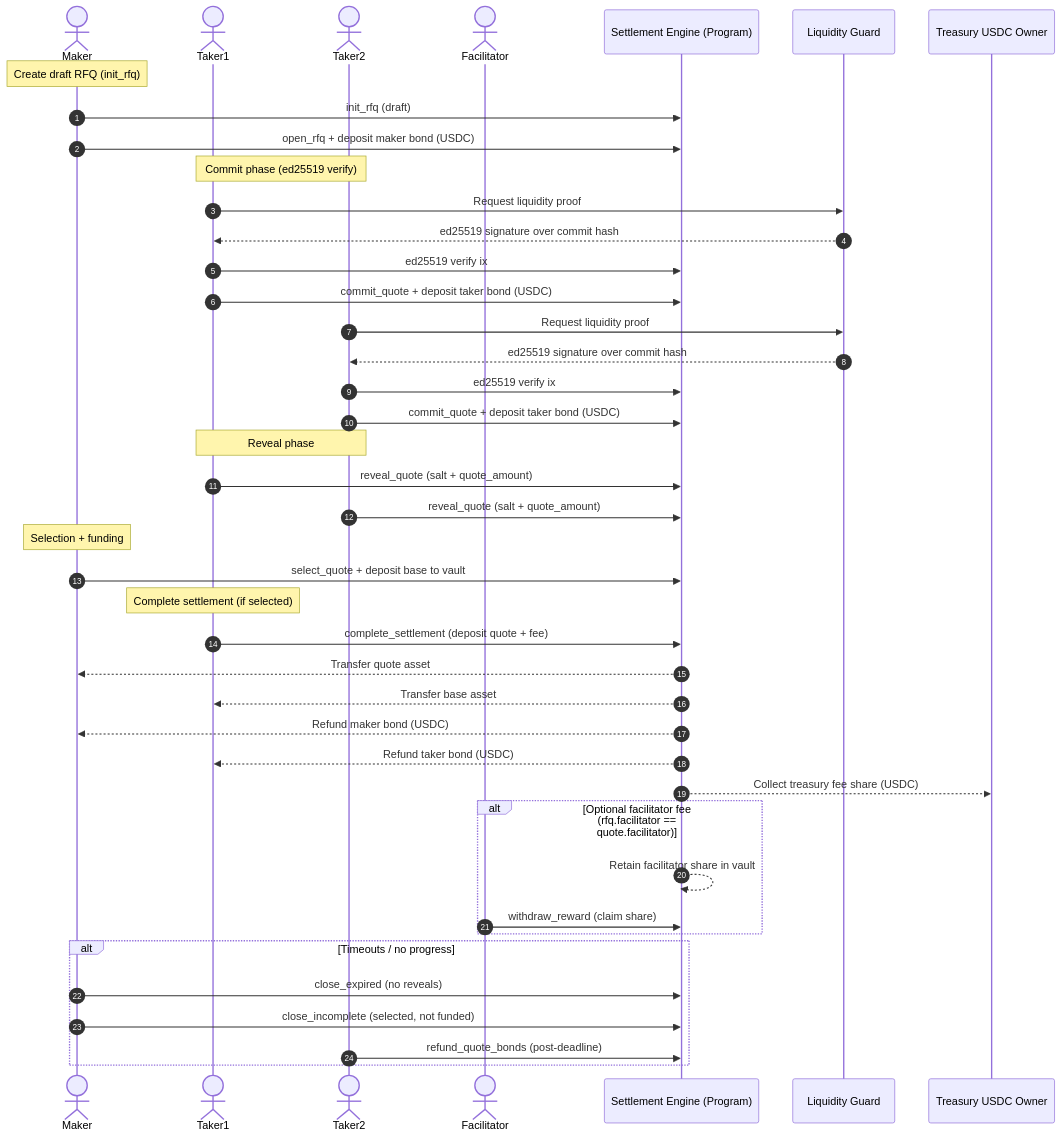
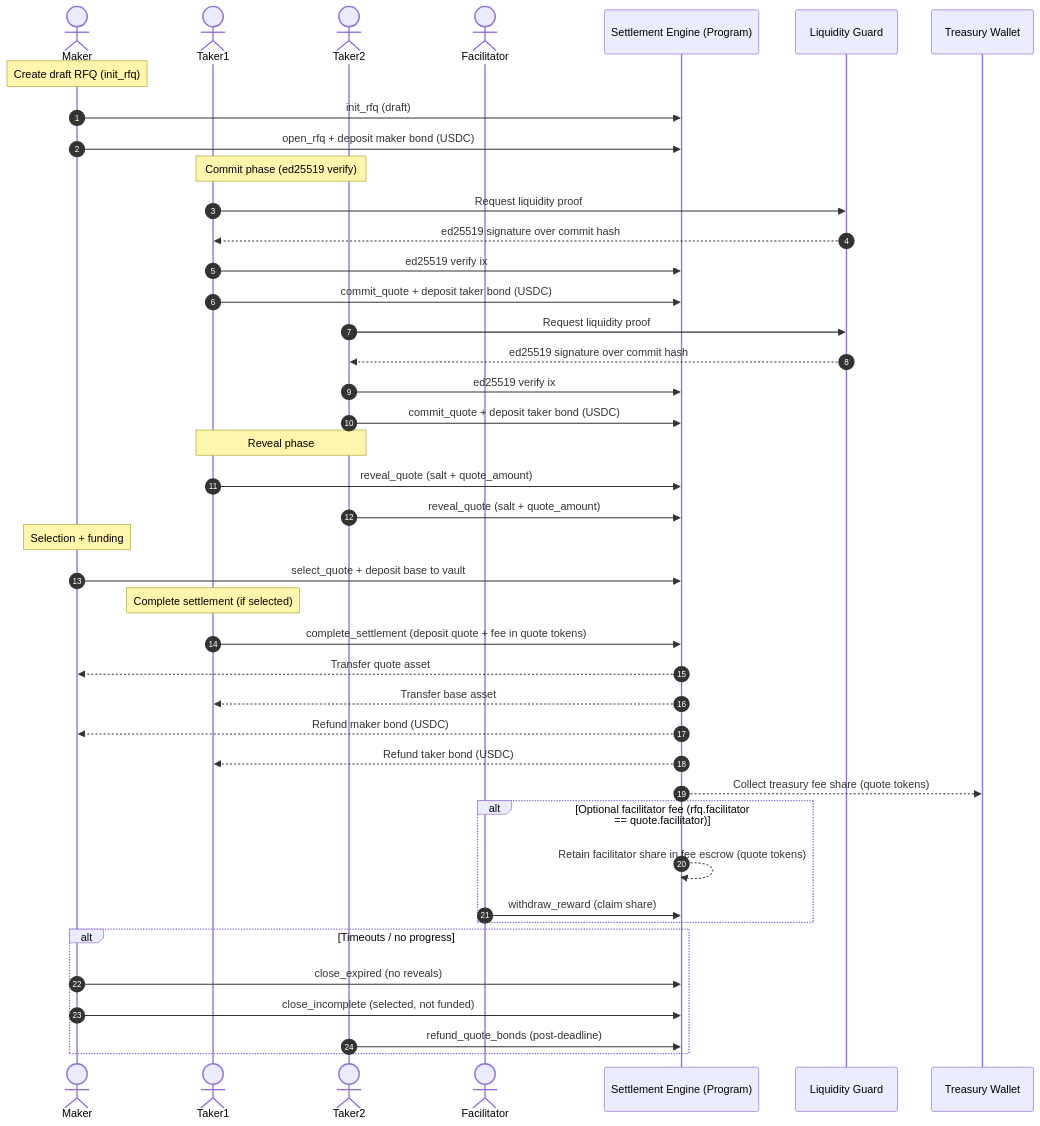
The diagram in README.md (unleaktrade/settlement-engine), drawn with Mermaid before and after one commit. The commit also changed other lines of this file, not shown here.

````diff
--- a/README.md
+++ b/README.md
@@ -85,52 +85,52 @@
 ```mermaid
 sequenceDiagram
     autonumber
     actor Maker
     actor Taker1
     actor Taker2
     actor Facilitator
     participant SE as Settlement Engine (Program)
     participant LG as Liquidity Guard
-    participant Treas as Treasury USDC Owner
+    participant Treas as Treasury Wallet
 
     Note over Maker: Create draft RFQ (init_rfq)
     Maker->>SE: init_rfq (draft)
     Maker->>SE: open_rfq + deposit maker bond (USDC)
 
     Note over Taker1,Taker2: Commit phase (ed25519 verify)
     Taker1->>LG: Request liquidity proof
     LG-->>Taker1: ed25519 signature over commit hash
     Taker1->>SE: ed25519 verify ix
     Taker1->>SE: commit_quote + deposit taker bond (USDC)
 
     Taker2->>LG: Request liquidity proof
     LG-->>Taker2: ed25519 signature over commit hash
     Taker2->>SE: ed25519 verify ix
     Taker2->>SE: commit_quote + deposit taker bond (USDC)
 
     Note over Taker1,Taker2: Reveal phase
     Taker1->>SE: reveal_quote (salt + quote_amount)
     Taker2->>SE: reveal_quote (salt + quote_amount)
 
     Note over Maker: Selection + funding
     Maker->>SE: select_quote + deposit base to vault
 
     Note over Taker1: Complete settlement (if selected)
-    Taker1->>SE: complete_settlement (deposit quote + fee)
+    Taker1->>SE: complete_settlement (deposit quote + fee in quote tokens)
     SE-->>Maker: Transfer quote asset
     SE-->>Taker1: Transfer base asset
     SE-->>Maker: Refund maker bond (USDC)
     SE-->>Taker1: Refund taker bond (USDC)
-    SE-->>Treas: Collect treasury fee share (USDC)
+    SE-->>Treas: Collect treasury fee share (quote tokens)
 
     alt Optional facilitator fee (rfq.facilitator == quote.facilitator)
-        SE-->>SE: Retain facilitator share in vault
+        SE-->>SE: Retain facilitator share in fee escrow (quote tokens)
         Facilitator->>SE: withdraw_reward (claim share)
     end
 
     alt Timeouts / no progress
         Maker->>SE: close_expired (no reveals)
         Maker->>SE: close_incomplete (selected, not funded)
         Taker2->>SE: refund_quote_bonds (post-deadline)
     end
 ```
````
